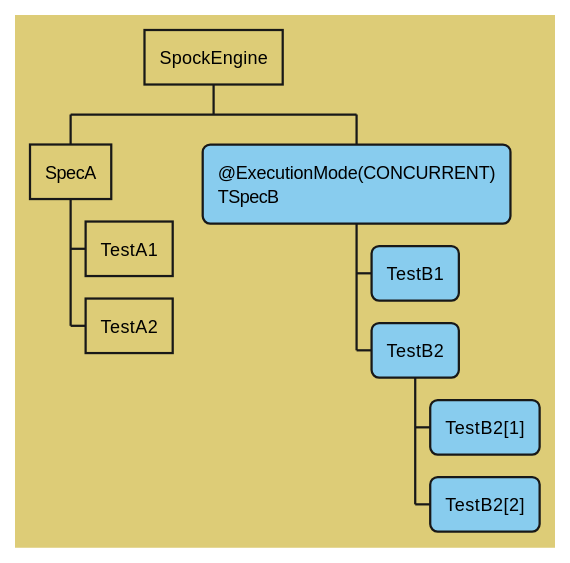
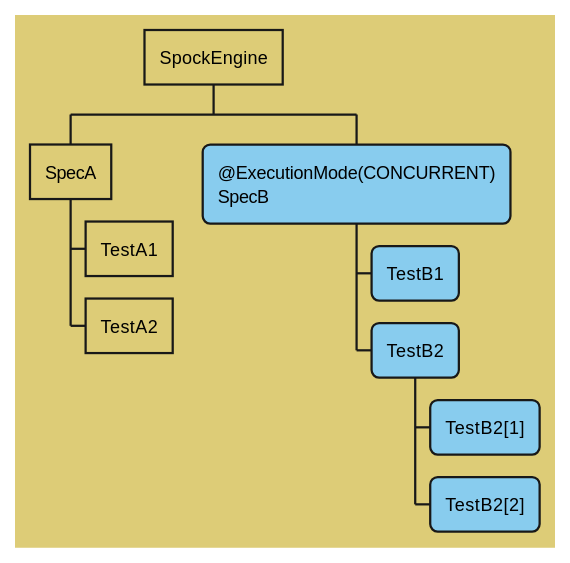
The seventh of 15 diagrams in docs/parallel_execution.adoc (spockframework/spock), drawn with PlantUML before and after one commit. The commit also changed other lines of this file, not shown here.

```diff
--- a/docs/parallel_execution.adoc
+++ b/docs/parallel_execution.adoc
@@ -283,24 +330,24 @@
 [plantuml,images/execution-hierarchy-inheritance-spec-execution,svg]
 ....
 @startwbs
 <style>
 wbsDiagram {
   BackgroundColor #DDCC77
   .concurrent * {
       BackgroundColor #88CCEE
       RoundCorner 10
   }
 }
 </style>
 skinparam shadowing false
 * SpockEngine
 ** SpecA
 *** TestA1
 *** TestA2
-** @ExecutionMode(CONCURRENT)\nTSpecB  <<concurrent>>
+** @ExecutionMode(CONCURRENT)\nSpecB  <<concurrent>>
 *** TestB1
 *** TestB2
 **** TestB2[1]
 **** TestB2[2]
 @endwbs
 ....
```
